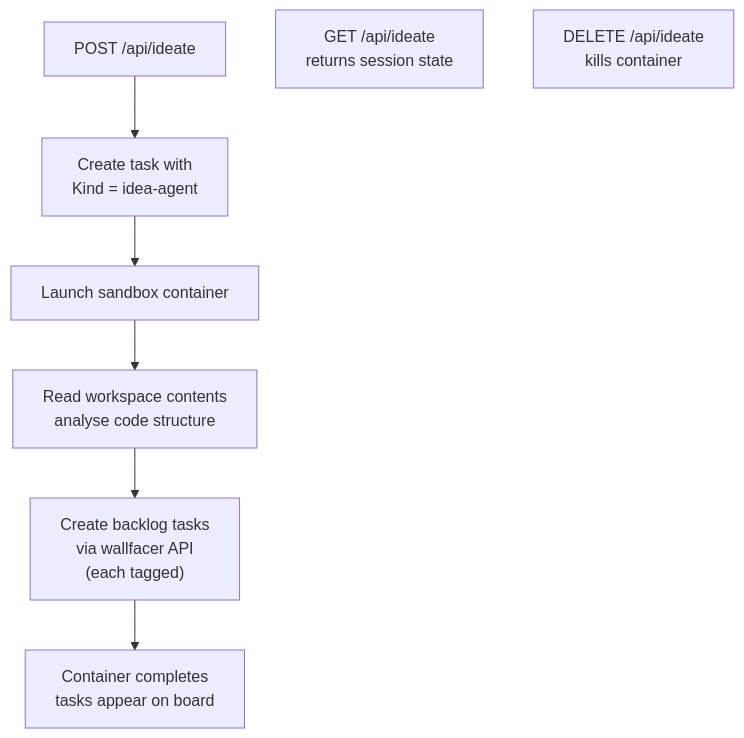
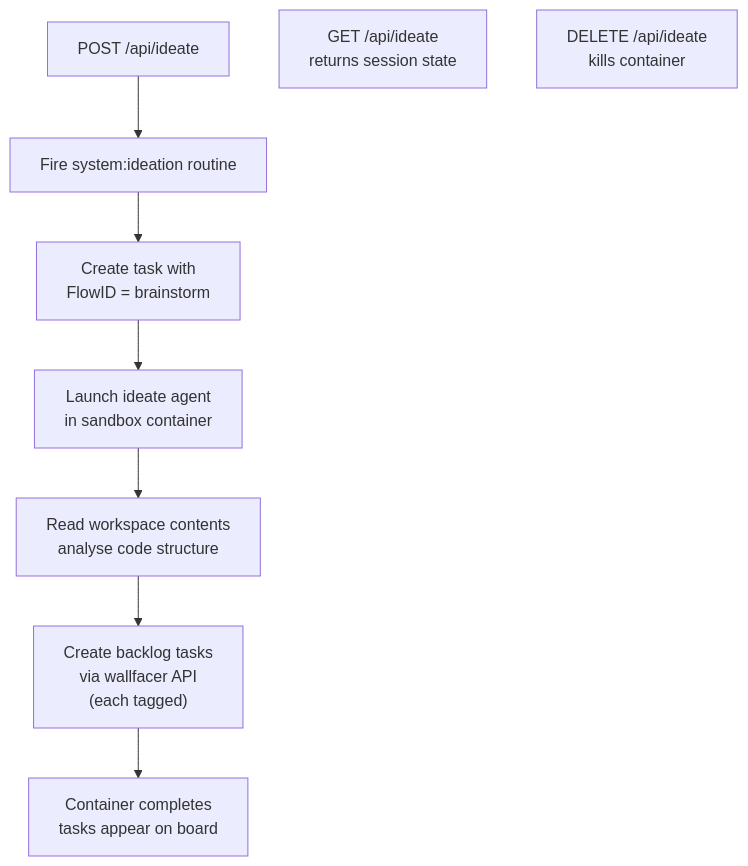
One commit to changkun/wallfacer changed the sixth of 7 diagrams in docs/internals/automation.md. Above: the diagram before and after it, drawn with Mermaid. The commit also changed other lines of this file and 13 other files, not shown here.

````diff
--- a/docs/internals/automation.md
+++ b/docs/internals/automation.md
@@ -298,11 +298,12 @@
 ```mermaid
 flowchart TD
-    Trigger["POST /api/ideate"] --> Create["Create task with<br/>Kind = idea-agent"]
-    Create --> Launch["Launch sandbox container"]
+    Trigger["POST /api/ideate"] --> Fire["Fire system:ideation routine"]
+    Fire --> Create["Create task with<br/>FlowID = brainstorm"]
+    Create --> Launch["Launch ideate agent<br/>in sandbox container"]
     Launch --> Analyse["Read workspace contents<br/>analyse code structure"]
     Analyse --> Generate["Create backlog tasks<br/>via wallfacer API<br/>(each tagged)"]
     Generate --> Done["Container completes<br/>tasks appear on board"]
 
     Status["GET /api/ideate<br/>returns session state"]
     Cancel["DELETE /api/ideate<br/>kills container"]
 ```
````
